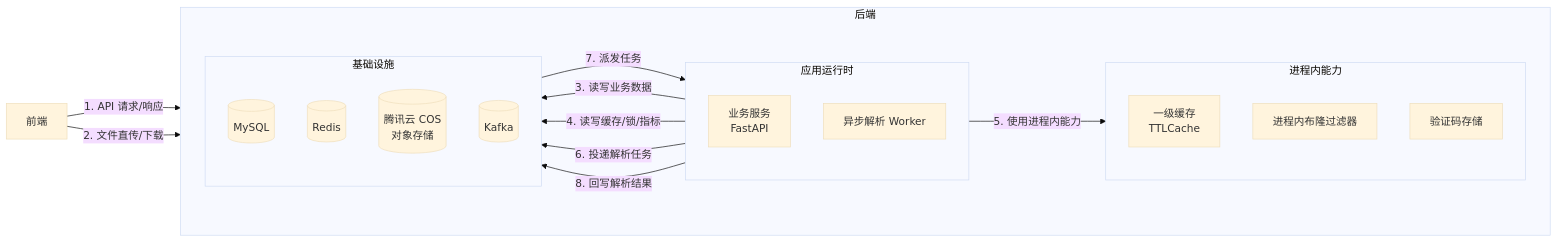
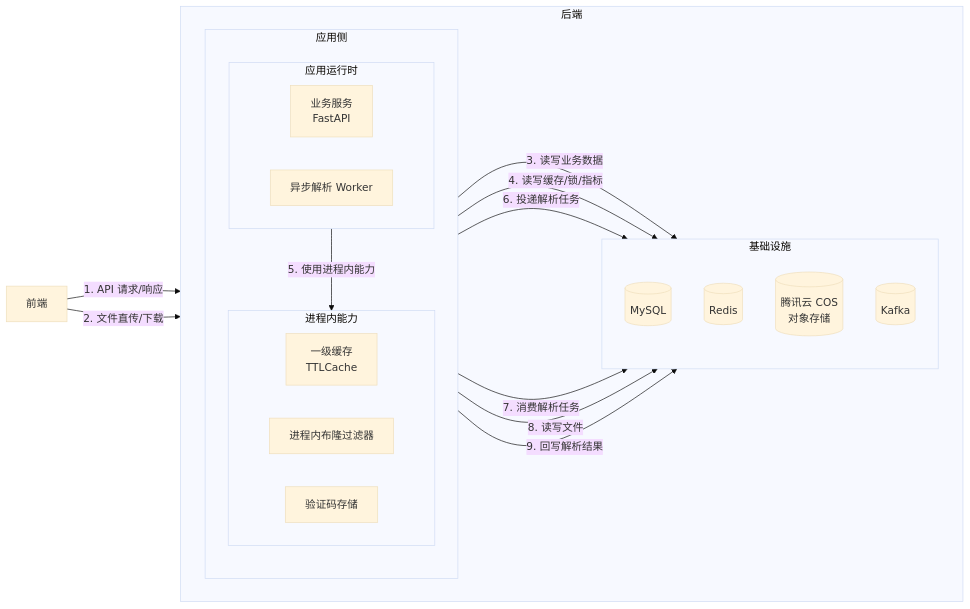
The diagram in document/模块图表/00-整体架构.md (hwb-321/ZlibSE), drawn with Mermaid (base theme) before and after one commit. The commit also changed other lines of this file, not shown here.

Commit message:
docs: improve architecture diagram layout

````diff
--- a/document/模块图表/00-整体架构.md
+++ b/document/模块图表/00-整体架构.md
@@ -12,38 +12,43 @@
 ```mermaid
 flowchart LR
     FE[前端]
 
     subgraph BE[后端]
         direction LR
 
-        subgraph Runtime[应用运行时]
+        subgraph App[应用侧]
             direction TB
-            API[业务服务<br/>FastAPI]
-            Worker[异步解析 Worker]
-        end
 
-        subgraph Memory[进程内能力]
-            direction TB
-            L1[一级缓存<br/>TTLCache]
-            Bloom[进程内布隆过滤器]
-            Captcha[验证码存储]
+            subgraph Runtime[应用运行时]
+                direction LR
+                API[业务服务<br/>FastAPI]
+                Worker[异步解析 Worker]
+            end
+
+            subgraph Memory[进程内能力]
+                direction LR
+                L1[一级缓存<br/>TTLCache]
+                Bloom[进程内布隆过滤器]
+                Captcha[验证码存储]
+            end
         end
 
         subgraph Infra[基础设施]
             direction TB
             DB[(MySQL)]
             Redis[(Redis)]
             COS[(腾讯云 COS<br/>对象存储)]
             MQ[(Kafka)]
         end
     end
 
     FE -- "1. API 请求/响应" --> API
     FE -- "2. 文件直传/下载" --> COS
     API -- "3. 读写业务数据" --> DB
     API -- "4. 读写缓存/锁/指标" --> Redis
     API -- "5. 使用进程内能力" --> Memory
     API -- "6. 投递解析任务" --> MQ
-    MQ -- "7. 派发任务" --> Worker
-    Worker -- "8. 回写解析结果" --> DB
+    Worker -- "7. 消费解析任务" --> MQ
+    Worker -- "8. 读写文件" --> COS
+    Worker -- "9. 回写解析结果" --> DB
 ```
````
